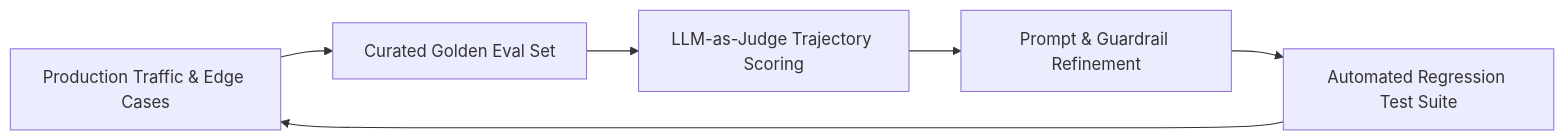
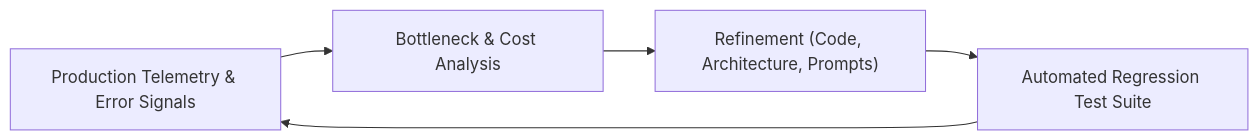
Before and after one commit to avfranco-br/portfolio: the second of 2 diagrams in docs/sop/05-evolve-observe.md, drawn with Mermaid. The commit also changed other lines of this file and 8 other files, not shown here.

````diff
--- a/docs/sop/05-evolve-observe.md
+++ b/docs/sop/05-evolve-observe.md
@@ -72,8 +68,7 @@
 ```mermaid
 graph LR
-    ProdTraffic["Production Traffic & Edge Cases"] --> CuratedEvalSet["Curated Golden Eval Set"]
-    CuratedEvalSet --> TrajectoryScoring["LLM-as-Judge Trajectory Scoring"]
-    TrajectoryScoring --> PromptRefinement["Prompt & Guardrail Refinement"]
-    PromptRefinement --> RegressionTesting["Automated Regression Test Suite"]
-    RegressionTesting --> ProdTraffic
+    ProdTelemetry["Production Telemetry & Error Signals"] --> BottleneckAnalysis["Bottleneck & Cost Analysis"]
+    BottleneckAnalysis --> Refinement["Refinement (Code, Architecture, Prompts)"]
+    Refinement --> AutomatedTesting["Automated Regression Test Suite"]
+    AutomatedTesting --> ProdTelemetry
 ```
````
